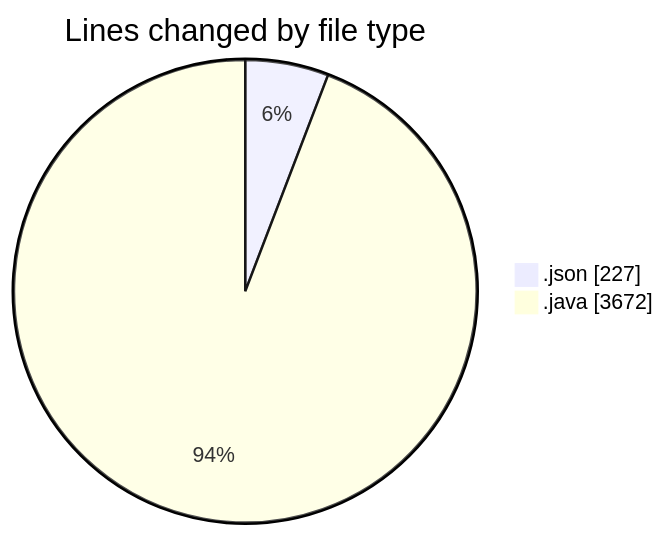
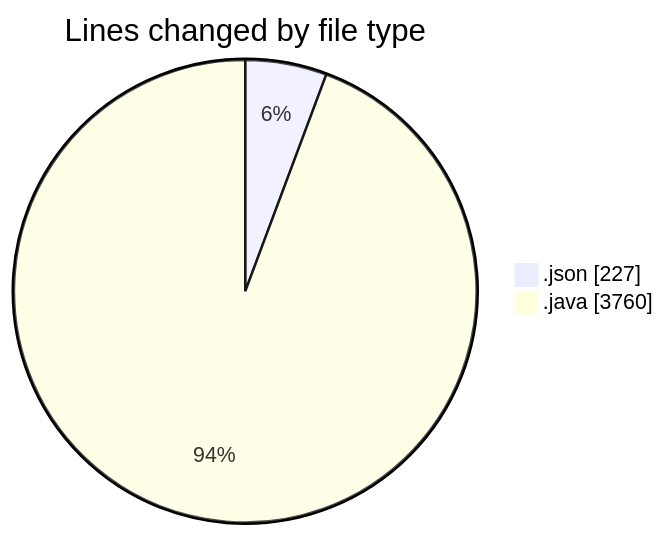
Before and after one commit to ricardozamudiocil/code-tracking: the first of 2 diagrams in 2026-05-04/cilapp/README.md, drawn with Mermaid. The commit also changed other lines of this file and 1 other file, not shown here.

````diff
--- a/2026-05-04/cilapp/README.md
+++ b/2026-05-04/cilapp/README.md
@@ -24,6 +26,6 @@
 ```mermaid
 pie showData
 title Lines changed by file type
 ".json" : 227
-".java" : 3672
+".java" : 3760
 ```
````
